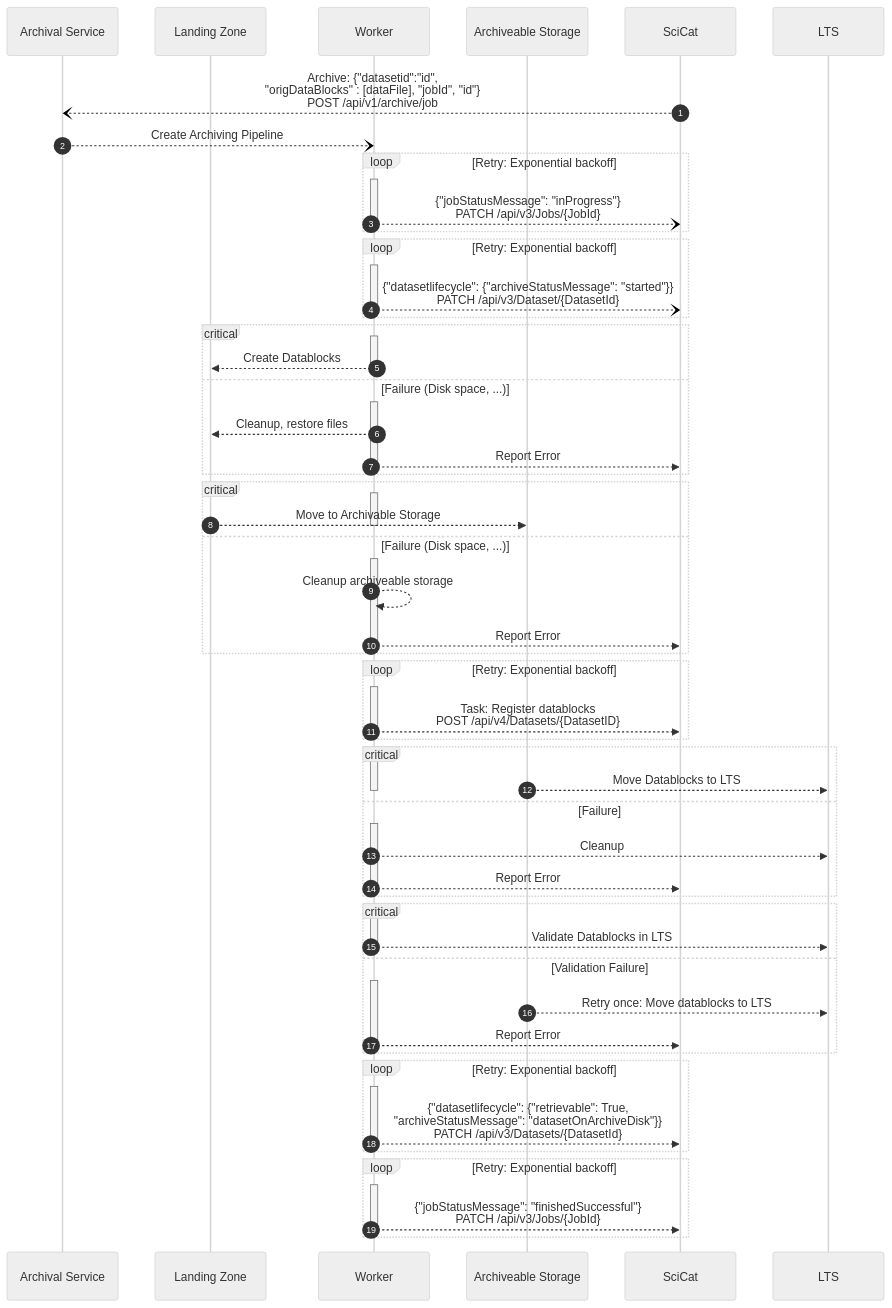
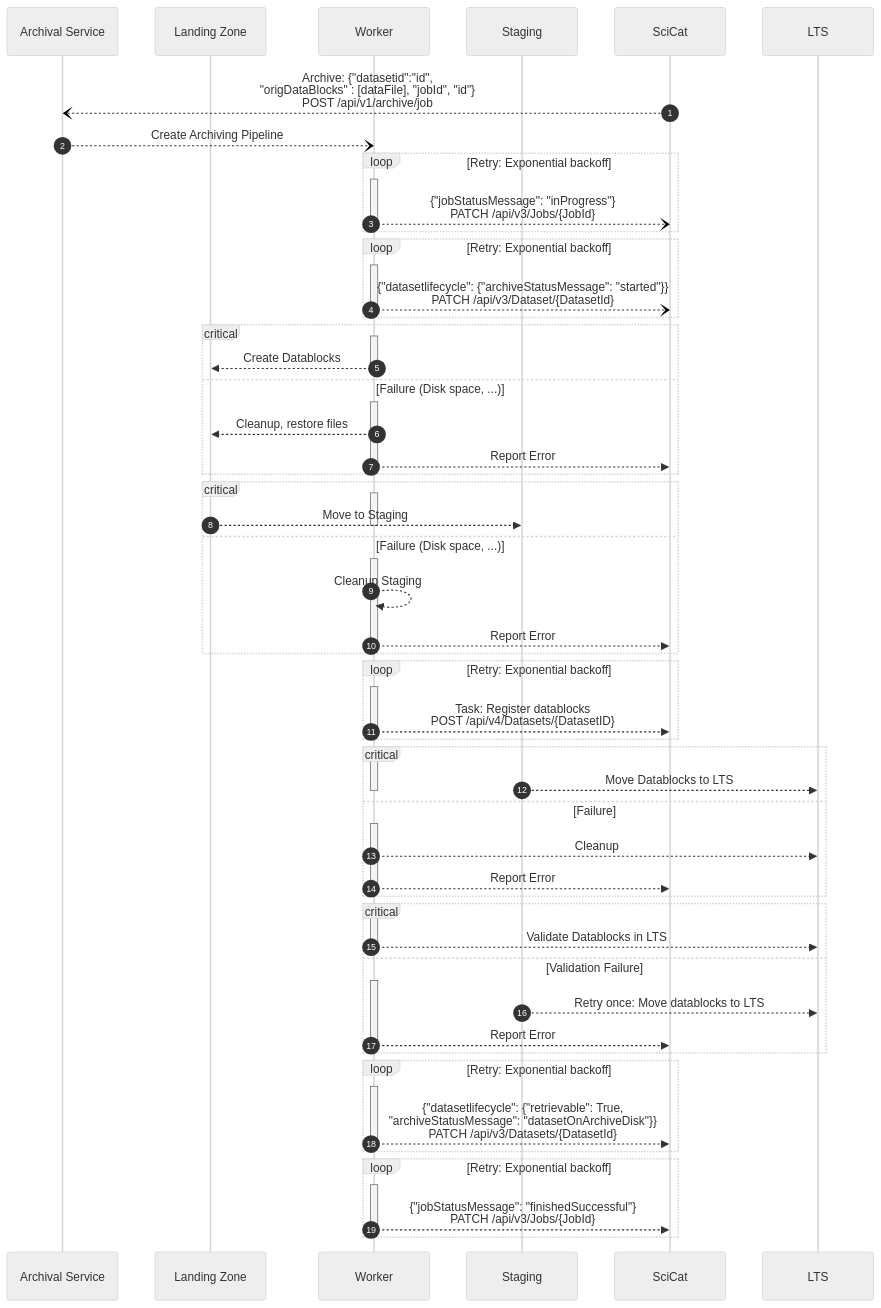
One commit to SwissOpenEM/ScopeMArchiver changed the second of 3 diagrams in backend/archiver/readMe.md. Above: the diagram before and after it, drawn with Mermaid (neutral theme). The commit also changed other lines of this file and 10 other files, not shown here.

Commit message:
Add unit tests for scicat integration of archival flow

````diff
--- a/backend/archiver/readMe.md
+++ b/backend/archiver/readMe.md
@@ -46,80 +46,80 @@
 ```mermaid
 sequenceDiagram
   autonumber
   participant AS as Archival Service
   participant L as Landing Zone
   participant J as Worker
-  participant A as Archiveable Storage
+  participant A as Staging
   participant S as SciCat
   participant LTS as LTS
 
   S --) AS: Archive: {"datasetid":"id", <br> "origDataBlocks" : [dataFile], "jobId", "id"}<br> POST /api/v1/archive/job
   
    AS --) J: Create Archiving Pipeline
   loop Retry: Exponential backoff
     activate J
       J --) S: {"jobStatusMessage": "inProgress"}   <br> PATCH /api/v3/Jobs/{JobId}
     deactivate J
   end
   loop Retry: Exponential backoff
     activate J
       J --) S: {"datasetlifecycle": {"archiveStatusMessage": "started"}}   <br> PATCH /api/v3/Dataset/{DatasetId}
     deactivate J
   end
   critical 
     activate J
     J -->> L:  Create Datablocks
     deactivate J
   option Failure (Disk space, ...)
     activate J
     J -->> L: Cleanup, restore files
     J -->> S: Report Error
     deactivate J
   end
   critical
     activate J
-    L -->> A: Move to Archivable Storage
+    L -->> A: Move to Staging
     deactivate J
   option Failure (Disk space, ...)
     activate J
-    J -->> J: Cleanup archiveable storage
+    J -->> J: Cleanup Staging
     J -->> S: Report Error
     deactivate J
   end
   loop Retry: Exponential backoff
     activate J
     J -->> S: Task: Register datablocks <br> POST /api/v4/Datasets/{DatasetID}
     deactivate J
   end
   
   critical
     activate J
     A -->> LTS: Move Datablocks to LTS
     deactivate J
   option Failure
     activate J
     J -->> LTS: Cleanup
     J -->> S: Report Error
     deactivate J
   end
   critical 
     activate J
     J -->> LTS:  Validate Datablocks in LTS
     deactivate J
   option Validation Failure
     activate J
     A -->> LTS: Retry once: Move datablocks to LTS
     J -->> S: Report Error
     deactivate J
   end
   loop Retry: Exponential backoff
     activate J
     J -->> S: {"datasetlifecycle": {"retrievable": True, <br> "archiveStatusMessage": "datasetOnArchiveDisk"}} <br> PATCH /api/v3/Datasets/{DatasetId}
     deactivate J
   end 
   loop Retry: Exponential backoff
     activate J
     J -->> S: {"jobStatusMessage": "finishedSuccessful"} <br>PATCH /api/v3/Jobs/{JobId}
     deactivate J
   end 
 ```
````
